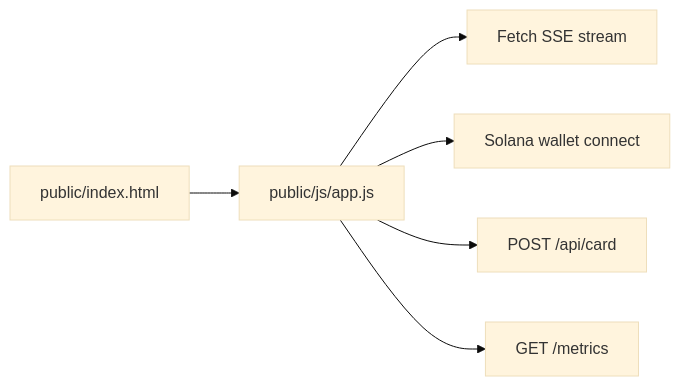
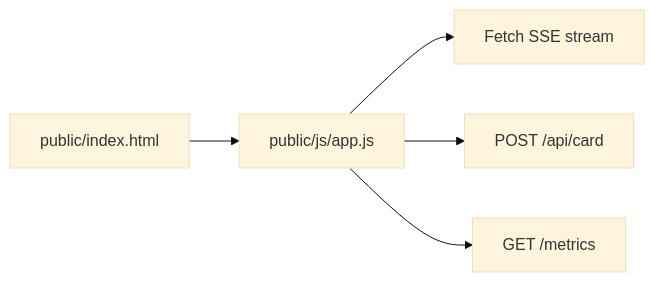
One commit to RunTimeAdmin/tri-ai changed the seventh of 10 diagrams in .qoder/repowiki/en/content/System Architecture/System Architecture.md. Above: the diagram before and after it, drawn with Mermaid (base theme). The commit also changed other lines of this file and 46 other files, not shown here.

````diff
--- a/.qoder/repowiki/en/content/System Architecture/System Architecture.md
+++ b/.qoder/repowiki/en/content/System Architecture/System Architecture.md
@@ -336,8 +282,7 @@
 ```mermaid
 graph LR
 FE_Index["public/index.html"] --> FE_App["public/js/app.js"]
 FE_App --> SSE_Connect["Fetch SSE stream"]
-FE_App --> Wallet["Solana wallet connect"]
 FE_App --> CardGen["POST /api/card"]
 FE_App --> Metrics["GET /metrics"]
 ```
````
